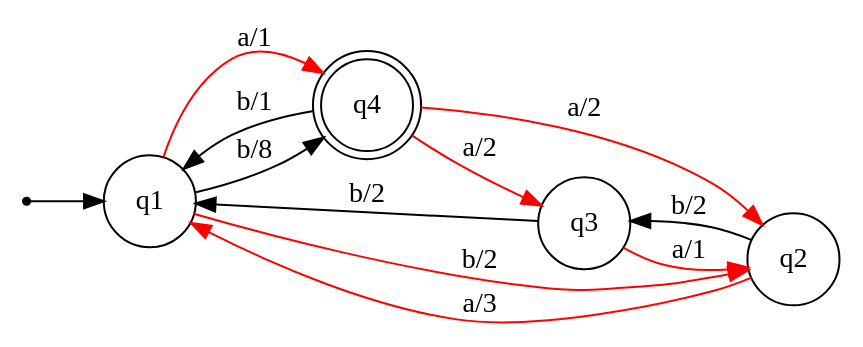
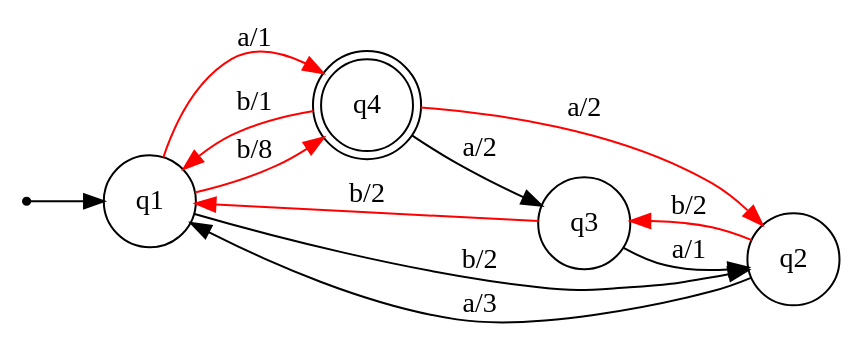
Before and after one commit to zenAndroid/oracle-extract: the diagram in input.dot, drawn with Graphviz. The commit also changed 1 other file, not shown here.

```diff
--- a/input.dot
+++ b/input.dot
@@ -1,17 +1,17 @@
 digraph Automaton {
     node [shape=point] INIT;
     q4 [shape="doublecircle"];
     node [shape=circle];
     rankdir = LR;
     INIT -> q1;
-    q1 -> q2 [label="b/2", color=red];
-    q1 -> q4 [label="b/8"];
+    q1 -> q2 [label="b/2"];
+    q1 -> q4 [label="b/8", color=red];
     q1 -> q4 [label="a/1", color=red];
-    q2 -> q1 [label="a/3", color=red];
-    q2 -> q3 [label="b/2"];
-    q3 -> q2 [label="a/1", color=red];
-    q3 -> q1 [label="b/2"];
-    q4 -> q1 [label="b/1"];
-    q4 -> q3 [label="a/2", color=red];
+    q2 -> q1 [label="a/3"];
+    q2 -> q3 [label="b/2", color=red];
+    q3 -> q2 [label="a/1"];
+    q3 -> q1 [label="b/2", color=red];
+    q4 -> q1 [label="b/1", color=red];
+    q4 -> q3 [label="a/2"];
     q4 -> q2 [label="a/2", color=red];
 }
```
